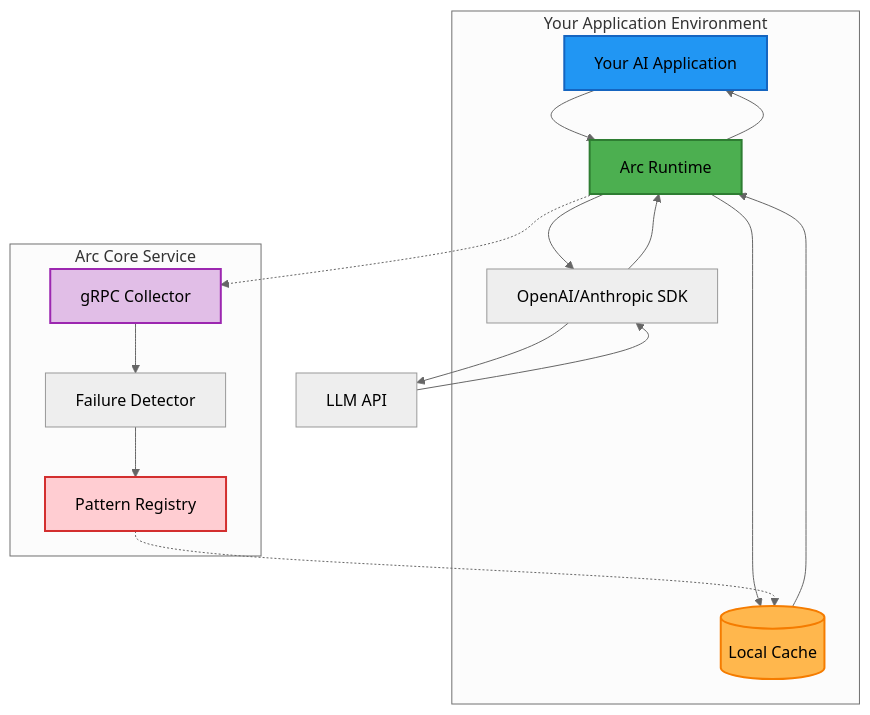
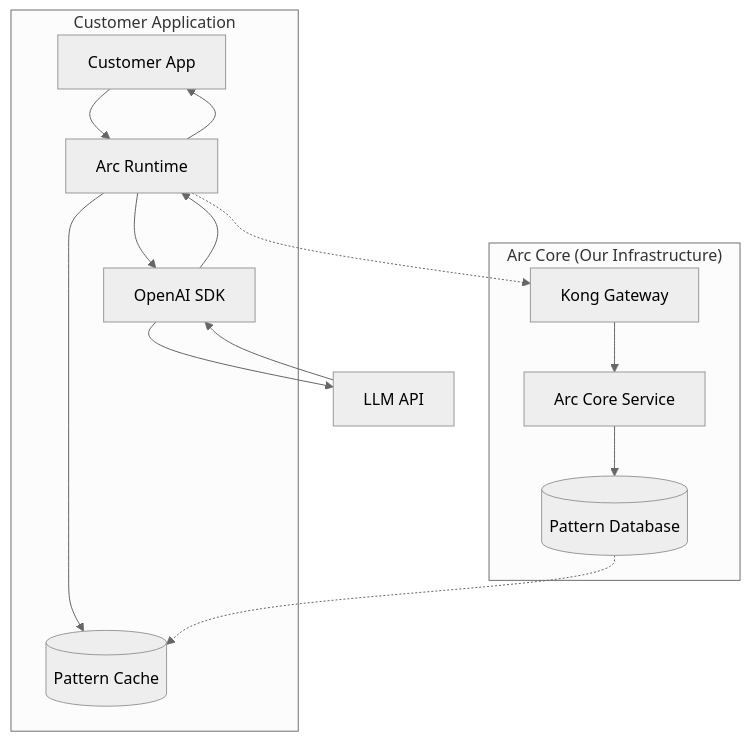
One commit to Arc-Computer/runtime changed the diagram in README.md. Above: the diagram before and after it, drawn with Mermaid (neutral theme). The commit also changed other lines of this file, not shown here.

````diff
--- a/README.md
+++ b/README.md
@@ -36,37 +150,30 @@
 ```mermaid
 graph TB
-    subgraph "Your Application Environment"
-        App[Your AI Application]
+    subgraph "Customer Application"
+        App[Customer App]
         Arc[Arc Runtime]
-        SDK[OpenAI/Anthropic SDK]
-        Cache[(Local Cache)]
+        SDK[OpenAI SDK]
+        Cache[(Pattern Cache)]
         
         App --> Arc
         Arc --> Cache
-        Cache --> Arc
         Arc --> SDK
     end
     
     SDK --> API[LLM API]
     API --> SDK
     SDK --> Arc
     Arc --> App
     
-    subgraph "Arc Core Service"
-        Collector[gRPC Collector]
-        Detector[Failure Detector]
-        Registry[Pattern Registry]
+    subgraph "Arc Core (Our Infrastructure)"
+        Kong[Kong Gateway]
+        Core[Arc Core Service]
+        DB[(Pattern Database)]
         
-        Collector --> Detector
-        Detector --> Registry
+        Kong --> Core
+        Core --> DB
     end
     
-    Arc -.-> Collector
-    Registry -.-> Cache
-    
-    style Arc fill:#4CAF50,stroke:#2E7D32,stroke-width:2px
-    style App fill:#2196F3,stroke:#1565C0,stroke-width:2px
-    style Cache fill:#FFB74D,stroke:#F57C00,stroke-width:2px
-    style Collector fill:#E1BEE7,stroke:#9C27B0,stroke-width:2px
-    style Registry fill:#FFCDD2,stroke:#D32F2F,stroke-width:2px
+    Arc -.-> Kong
+    DB -.-> Cache
 ```
````
